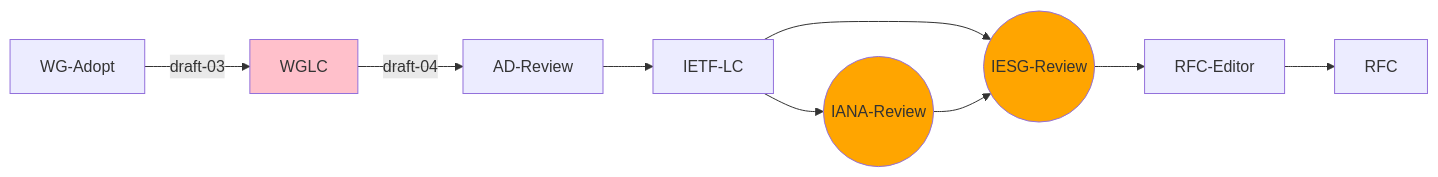
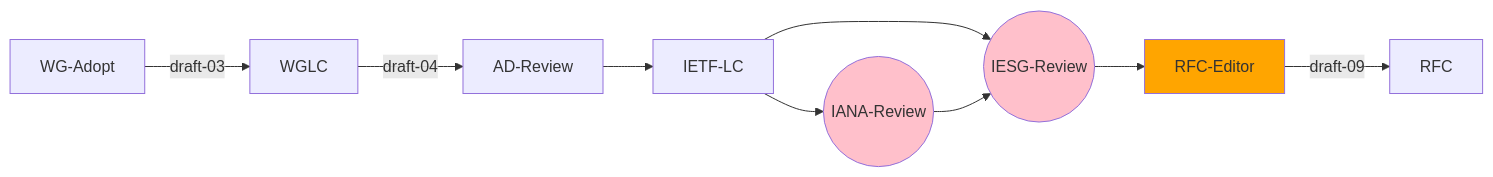
One commit to ietf-wg-httpapi/ietf-wg-httpapi.github.io changed the second of 8 diagrams in index.md. Above: the diagram before and after it, drawn with Mermaid. The commit also changed other lines of this file, not shown here.

Commit message:
Updated mermaid diagrams

````diff
--- a/index.md
+++ b/index.md
@@ -42,17 +41,17 @@
 ```mermaid
 graph LR
     classDef current fill:orange
     classDef lastIETF fill:pink
 
     WG-Adopt --draft-03--> WGLC
-    class WGLC lastIETF
     WGLC --draft-04--> AD-Review
     AD-Review --> IETF-LC
     IETF-LC --> IESG-Review((IESG-Review))
     IETF-LC --> IANA-Review((IANA-Review))
     IANA-Review --> IESG-Review
-    class IANA-Review current
     IESG-Review --> RFC-Editor
-    class IESG-Review current
-    RFC-Editor --> RFC
+    RFC-Editor --draft-09--> RFC
+    class IANA-Review lastIETF
+    class IESG-Review lastIETF
+    class RFC-Editor current
 ```
````
